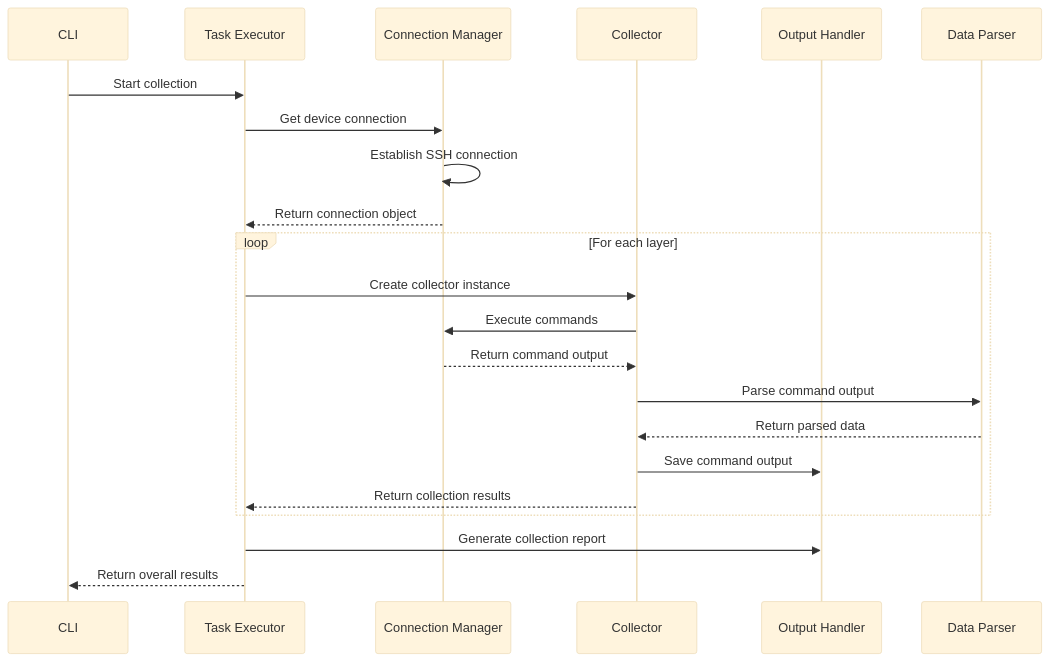
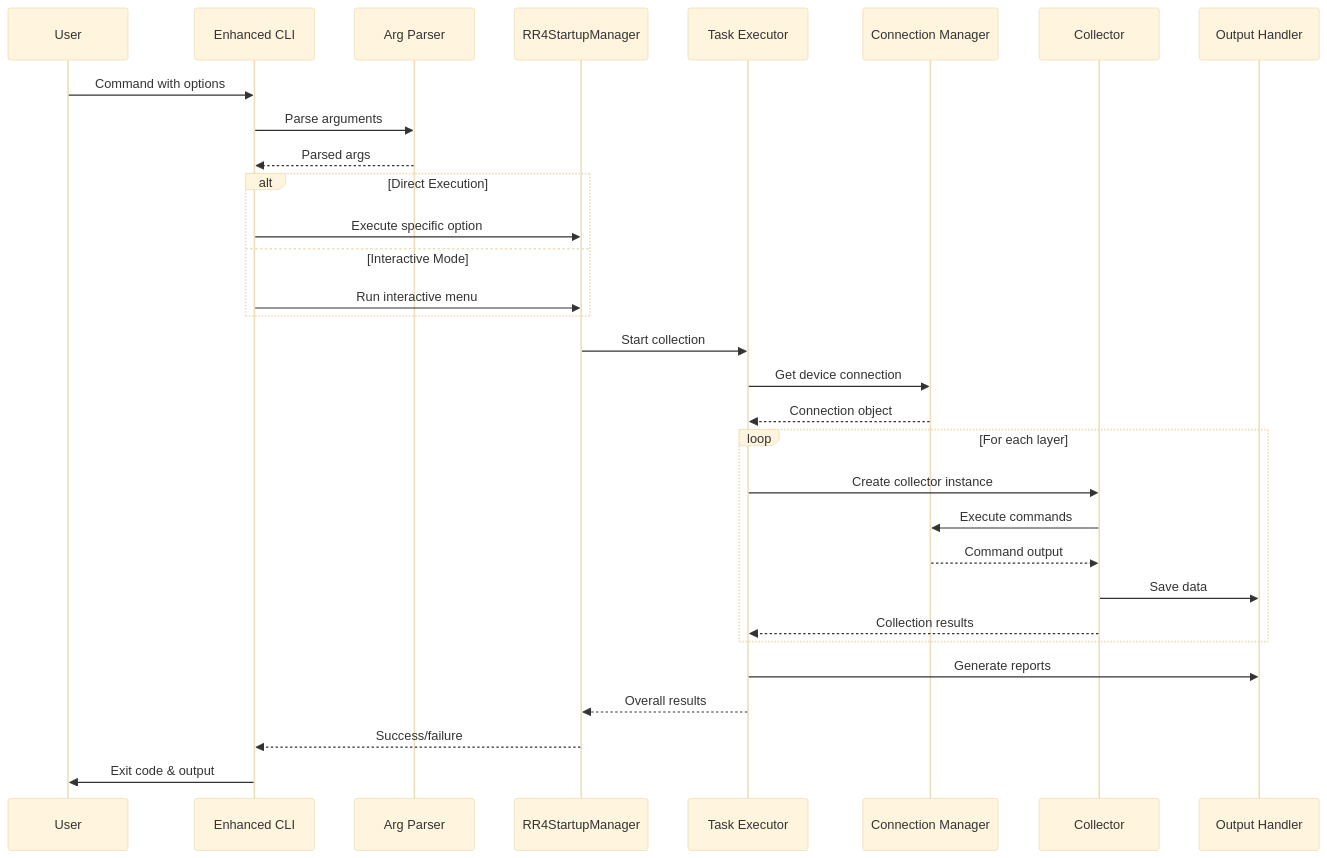
One commit to zumanm1/device-audit-win changed the third of 5 diagrams in V4codercli/ARCHITECTURE.md. Above: the diagram before and after it, drawn with Mermaid (base theme). The commit also changed other lines of this file and 124 other files, not shown here.

````diff
--- a/V4codercli/ARCHITECTURE.md
+++ b/V4codercli/ARCHITECTURE.md
@@ -137,27 +286,38 @@
 ```mermaid
 sequenceDiagram
-    participant CLI
+    participant User
+    participant CLI as Enhanced CLI
+    participant Parser as Arg Parser
+    participant Manager as RR4StartupManager
     participant TE as Task Executor
     participant CM as Connection Manager
     participant C as Collector
     participant OH as Output Handler
-    participant DP as Data Parser
 
-    CLI->>TE: Start collection
+    User->>CLI: Command with options
+    CLI->>Parser: Parse arguments
+    Parser-->>CLI: Parsed args
+    
+    alt Direct Execution
+        CLI->>Manager: Execute specific option
+    else Interactive Mode
+        CLI->>Manager: Run interactive menu
+    end
+    
+    Manager->>TE: Start collection
     TE->>CM: Get device connection
-    CM->>CM: Establish SSH connection
-    CM-->>TE: Return connection object
+    CM-->>TE: Connection object
     
     loop For each layer
         TE->>C: Create collector instance
         C->>CM: Execute commands
-        CM-->>C: Return command output
-        C->>DP: Parse command output
-        DP-->>C: Return parsed data
-        C->>OH: Save command output
-        C-->>TE: Return collection results
+        CM-->>C: Command output
+        C->>OH: Save data
+        C-->>TE: Collection results
     end
     
-    TE->>OH: Generate collection report
-    TE-->>CLI: Return overall results
+    TE->>OH: Generate reports
+    TE-->>Manager: Overall results
+    Manager-->>CLI: Success/failure
+    CLI->>User: Exit code & output
 ```
````
